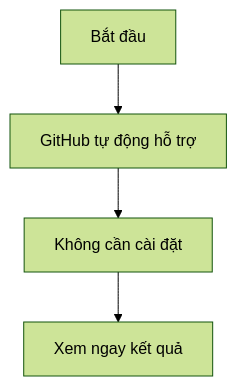
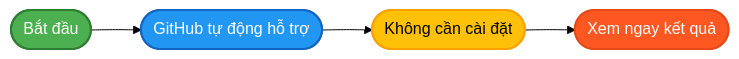
Before and after one commit to canhle1993/hoc-mermaid: the diagram in README.md, drawn with Mermaid (forest theme).

````diff
--- a/README.md
+++ b/README.md
@@ -3,6 +3,13 @@
 ```mermaid
-graph TD
-A[Bắt đầu] --> B[GitHub tự động hỗ trợ]
-B --> C[Không cần cài đặt]
-C --> D[Xem ngay kết quả]
+graph LR
+    A([Bắt đầu]) --> B([GitHub tự động hỗ trợ])
+    B --> C([Không cần cài đặt])
+    C --> D([Xem ngay kết quả])
+
+    %% Tô màu từng node
+    style A fill:#4CAF50,stroke:#2E7D32,stroke-width:2px,color:white
+    style B fill:#2196F3,stroke:#1565C0,stroke-width:2px,color:white
+    style C fill:#FFC107,stroke:#FFA000,stroke-width:2px,color:black
+    style D fill:#FF5722,stroke:#E64A19,stroke-width:2px,color:white
+
 ```
````
